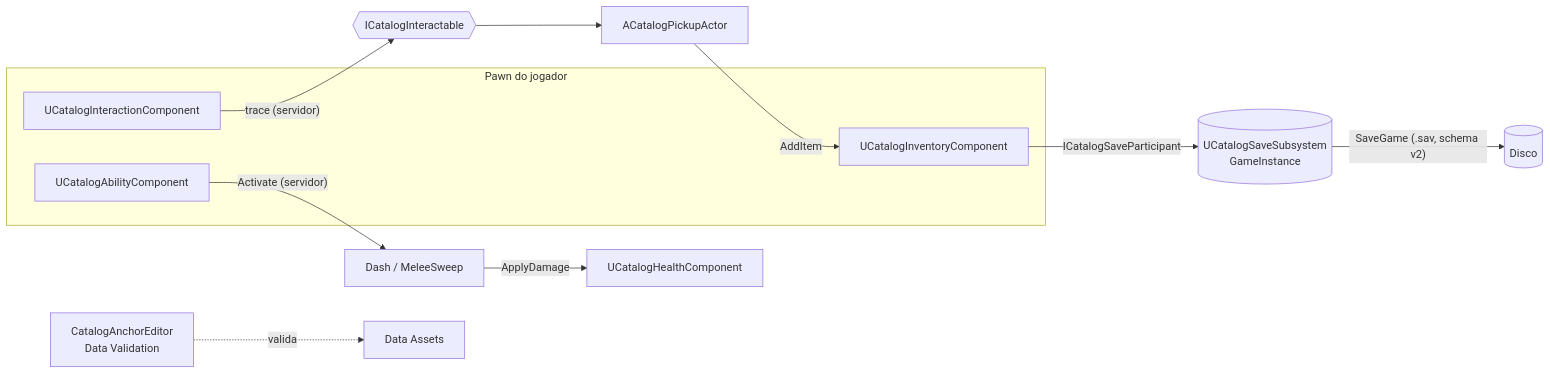
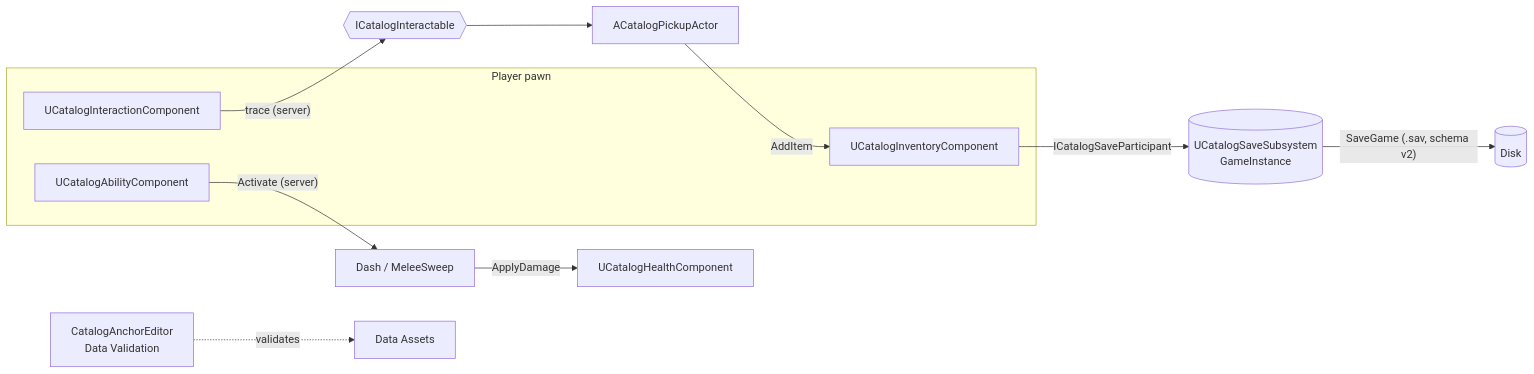
The diagram in README.md (vinicius790/CatalogAnchor), drawn with Mermaid before and after one commit. The commit also changed other lines of this file and 21 other files, not shown here.

````diff
--- a/README.md
+++ b/README.md
@@ -28,16 +31,16 @@
 ```mermaid
 flowchart LR
-    subgraph Pawn["Pawn do jogador"]
+    subgraph Pawn["Player pawn"]
         IC[UCatalogInteractionComponent]
         INV[UCatalogInventoryComponent]
         AB[UCatalogAbilityComponent]
     end
-    IC -- "trace (servidor)" --> I{{ICatalogInteractable}}
+    IC -- "trace (server)" --> I{{ICatalogInteractable}}
     I --> PK[ACatalogPickupActor]
     PK -- AddItem --> INV
-    AB -- "Activate (servidor)" --> BH[Dash / MeleeSweep]
+    AB -- "Activate (server)" --> BH[Dash / MeleeSweep]
     BH -- ApplyDamage --> HP[UCatalogHealthComponent]
     INV -- ICatalogSaveParticipant --> SS[(UCatalogSaveSubsystem<br/>GameInstance)]
-    SS -- "SaveGame (.sav, schema v2)" --> DISK[(Disco)]
-    ED[CatalogAnchorEditor<br/>Data Validation] -. valida .-> DA[Data Assets]
+    SS -- "SaveGame (.sav, schema v2)" --> DISK[(Disk)]
+    ED[CatalogAnchorEditor<br/>Data Validation] -. validates .-> DA[Data Assets]
 ```
````
